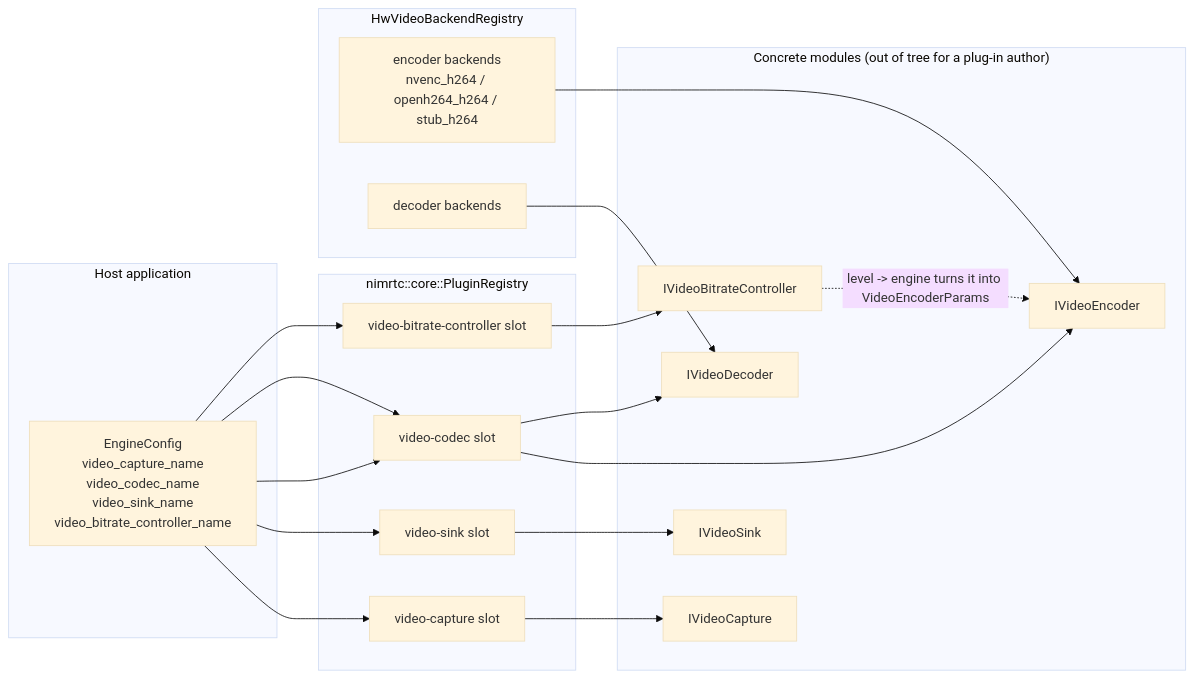
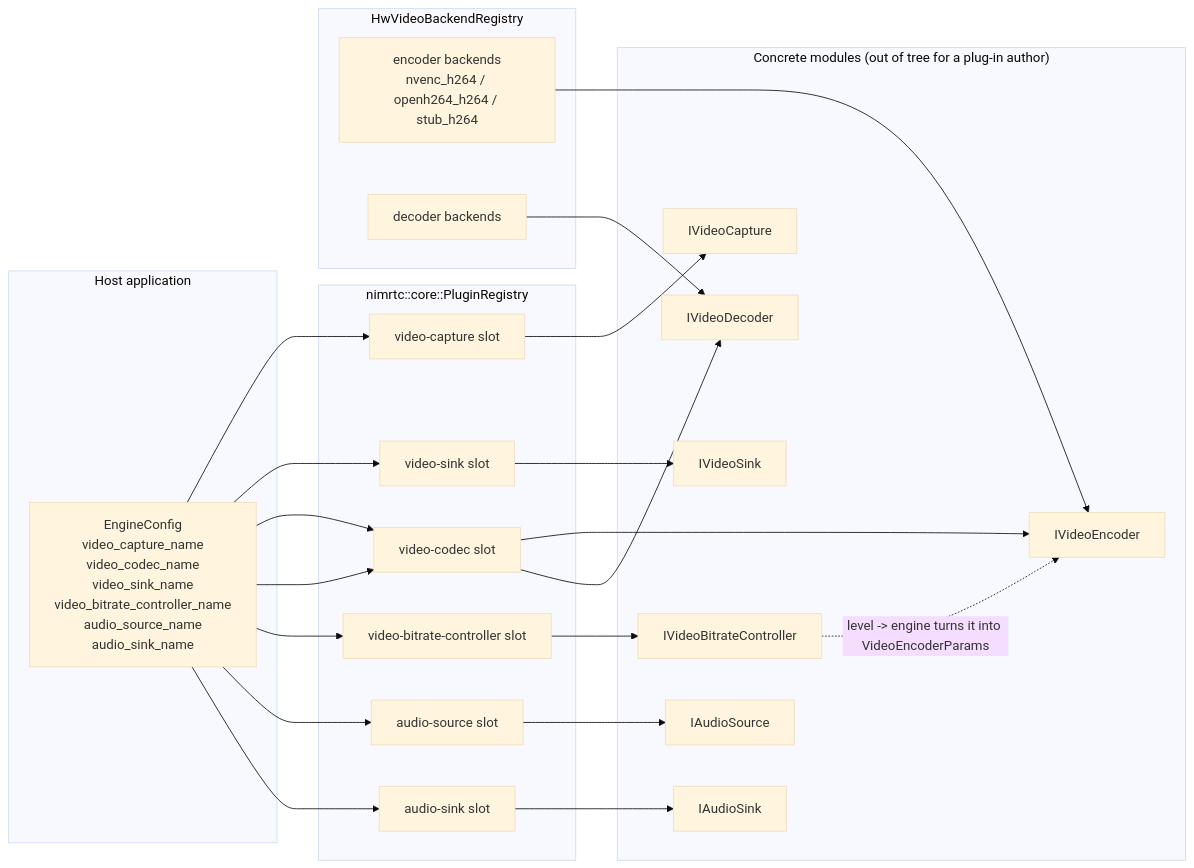
One commit to NimRTC/nimrtc changed the first of 2 diagrams in docs/guides/plugin-author-guide.md. Above: the diagram before and after it, drawn with Mermaid (base theme). The commit also changed other lines of this file and 36 other files, not shown here.

First line of the commit message:
feat(engine): the engine runs the audio device layer (v1.4 D1, ADR-028) (#190)

````diff
--- a/docs/guides/plugin-author-guide.md
+++ b/docs/guides/plugin-author-guide.md
@@ -82,35 +86,41 @@
 ```mermaid
 flowchart LR
     subgraph host["Host application"]
-        H["EngineConfig<br/>video_capture_name<br/>video_codec_name<br/>video_sink_name<br/>video_bitrate_controller_name"]
+        H["EngineConfig<br/>video_capture_name<br/>video_codec_name<br/>video_sink_name<br/>video_bitrate_controller_name<br/>audio_source_name<br/>audio_sink_name"]
     end
 
     subgraph reg["nimrtc::core::PluginRegistry"]
         RC["video-capture slot"]
         RS["video-sink slot"]
         RV["video-codec slot"]
         RB["video-bitrate-controller slot"]
+        RA["audio-source slot"]
+        RA2["audio-sink slot"]
     end
 
     subgraph hw["HwVideoBackendRegistry"]
         BE["encoder backends<br/>nvenc_h264 / openh264_h264 / stub_h264"]
         BD["decoder backends"]
     end
 
     subgraph mods["Concrete modules (out of tree for a plug-in author)"]
         CAP["IVideoCapture"]
         ENC["IVideoEncoder"]
         DEC["IVideoDecoder"]
         SINK["IVideoSink"]
         CTRL["IVideoBitrateController"]
+        ASRC["IAudioSource"]
+        ASNK["IAudioSink"]
     end
 
     H --> RC --> CAP
     H --> RS --> SINK
     H --> RV --> ENC
     H --> RV --> DEC
     H --> RB --> CTRL
+    H --> RA --> ASRC
+    H --> RA2 --> ASNK
     BE --> ENC
     BD --> DEC
     CTRL -. "level -> engine turns it into VideoEncoderParams" .-> ENC
 ```
````
